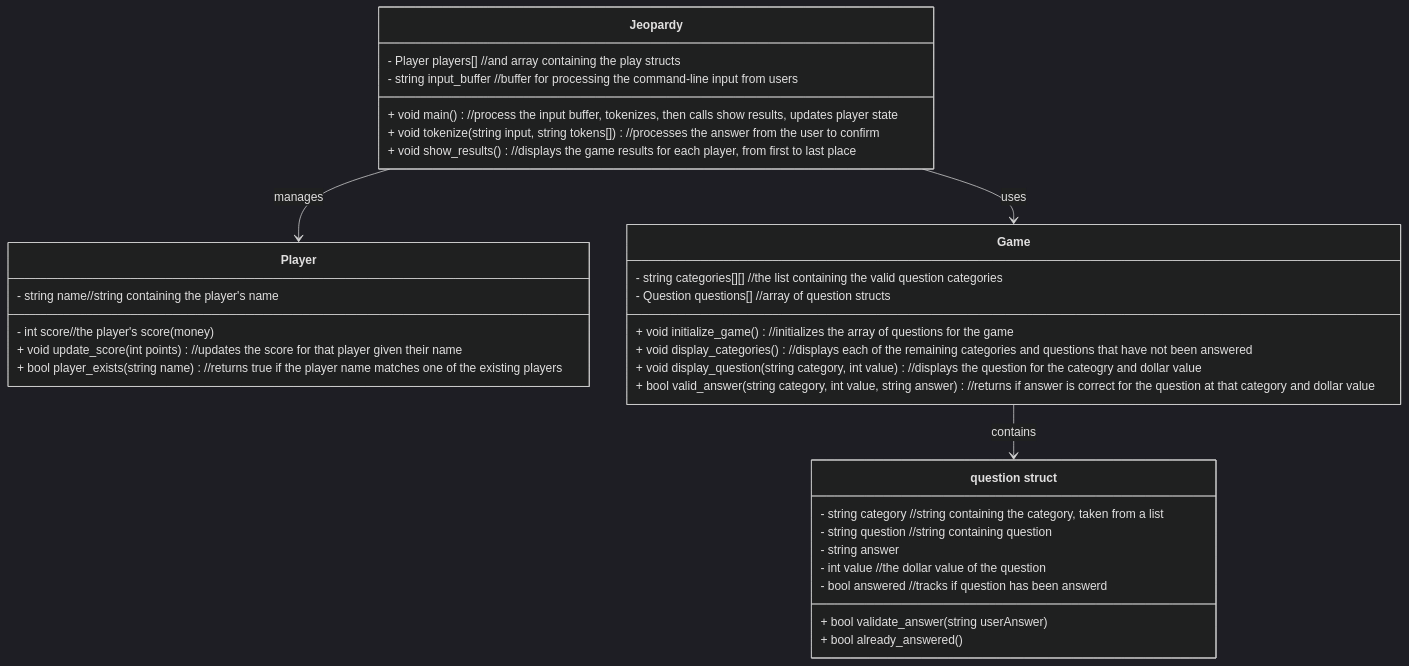
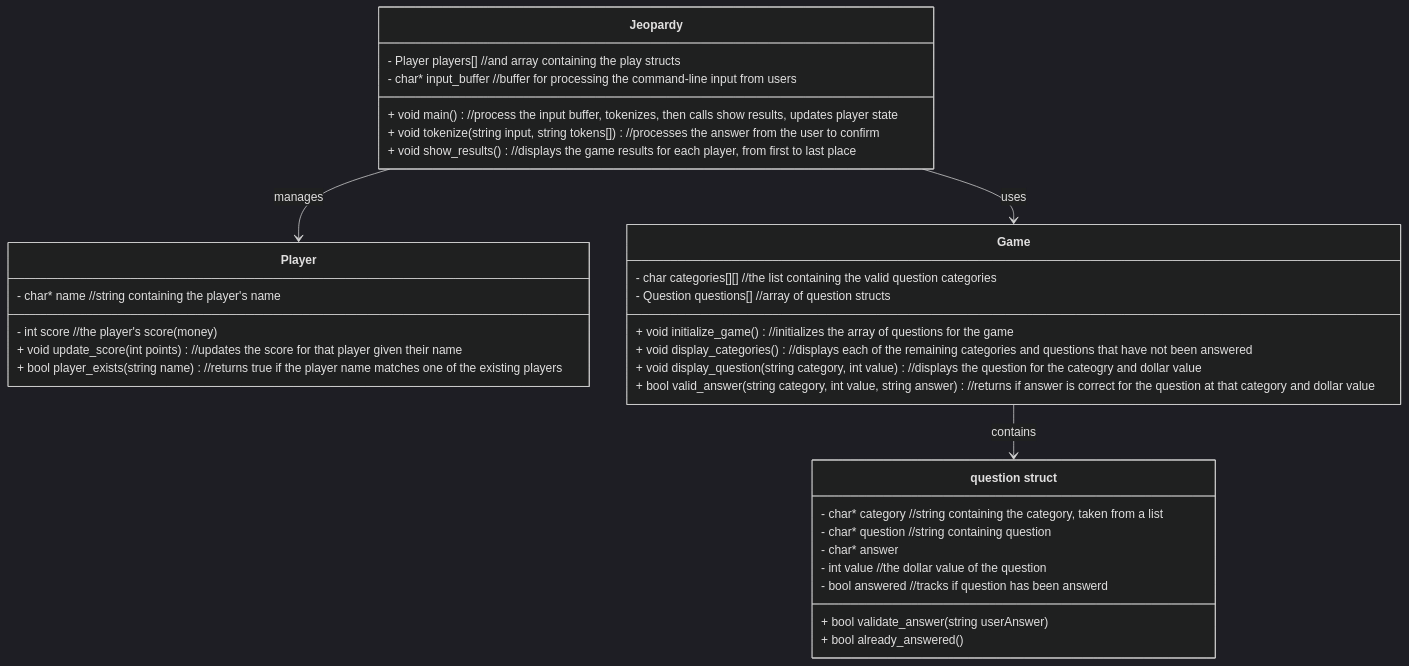
Before and after one commit to RivkaRSagi/OSTutorial4: the first of 2 diagrams in README.md, drawn with Mermaid (dark theme). The commit also changed other lines of this file, not shown here.

Commit message:
Update README.md
added graphic logic

````diff
--- a/README.md
+++ b/README.md
@@ -3,40 +3,40 @@
 ```mermaid
 classDiagram
     class Jeopardy {
         - Player players[] //and array containing the play structs
-        - string input_buffer //buffer for processing the command-line input from users
+        - char* input_buffer //buffer for processing the command-line input from users
         + void main() //process the input buffer, tokenizes, then calls show results, updates player state
         + void tokenize(string input, string tokens[]) //processes the answer from the user to confirm
         + void show_results()//displays the game results for each player, from first to last place
     }
 
     class Player {
-        - string name//string containing the player's name
-        - int score//the player's score (money)
-        + void update_score(int points)//updates the score for that player given their name
-        + bool player_exists(string name)//returns true if the player name matches one of the existing players
+        - char* name //string containing the player's name
+        - int score //the player's score (money)
+        + void update_score(int points) //updates the score for that player given their name
+        + bool player_exists(string name) //returns true if the player name matches one of the existing players
     }
 
     class Question["question struct"] {
-        - string category //string containing the category, taken from a list
-        - string question //string containing question
-        - string answer
+        - char* category //string containing the category, taken from a list
+        - char* question //string containing question
+        - char* answer
         - int value //the dollar value of the question
         - bool answered //tracks if question has been answerd
         + bool validate_answer(string userAnswer)
         + bool already_answered()
     }
 
     class Questions["Game"] {
-        - string categories[][] //the list containing the valid question categories
+        - char categories[][] //the list containing the valid question categories
         - Question questions[] //array of question structs
         + void initialize_game() //initializes the array of questions for the game
         + void display_categories() //displays each of the remaining categories and questions that have not been answered
         + void display_question(string category, int value)//displays the question for the cateogry and dollar value
         + bool valid_answer(string category, int value, string answer)//returns if answer is correct for the question at that category and dollar value
     }
 
     Jeopardy --> Player : manages
     Jeopardy --> Questions : uses
     Questions --> Question : contains
 ```
````
